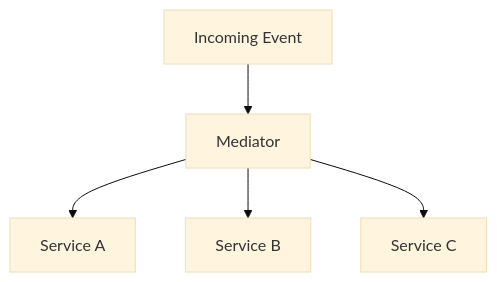
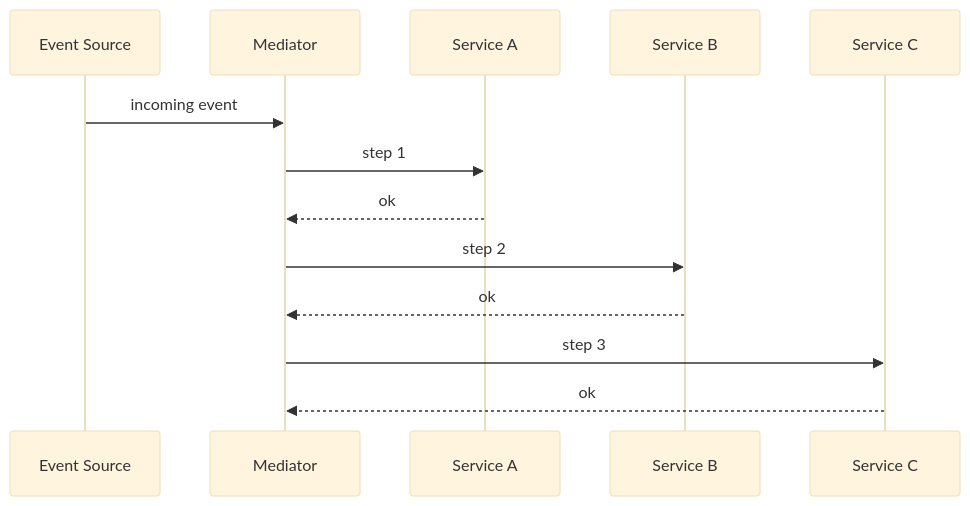
Before and after one commit to kholcomb/Architecture: the diagram in Patterns/extension/middleware/event-mediator.md, drawn with Mermaid (base theme). The commit also changed 11 other files, not shown here.

Commit message:
diagram fixes

````diff
--- a/Patterns/extension/middleware/event-mediator.md
+++ b/Patterns/extension/middleware/event-mediator.md
@@ -13,7 +13,15 @@
 ```mermaid
-graph TD
-    E[Incoming Event] --> M[Mediator]
-    M --> SA[Service A]
-    M --> SB[Service B]
-    M --> SC[Service C]
+sequenceDiagram
+    participant E as Event Source
+    participant M as Mediator
+    participant SA as Service A
+    participant SB as Service B
+    participant SC as Service C
+    E->>M: incoming event
+    M->>SA: step 1
+    SA-->>M: ok
+    M->>SB: step 2
+    SB-->>M: ok
+    M->>SC: step 3
+    SC-->>M: ok
 ```
````
